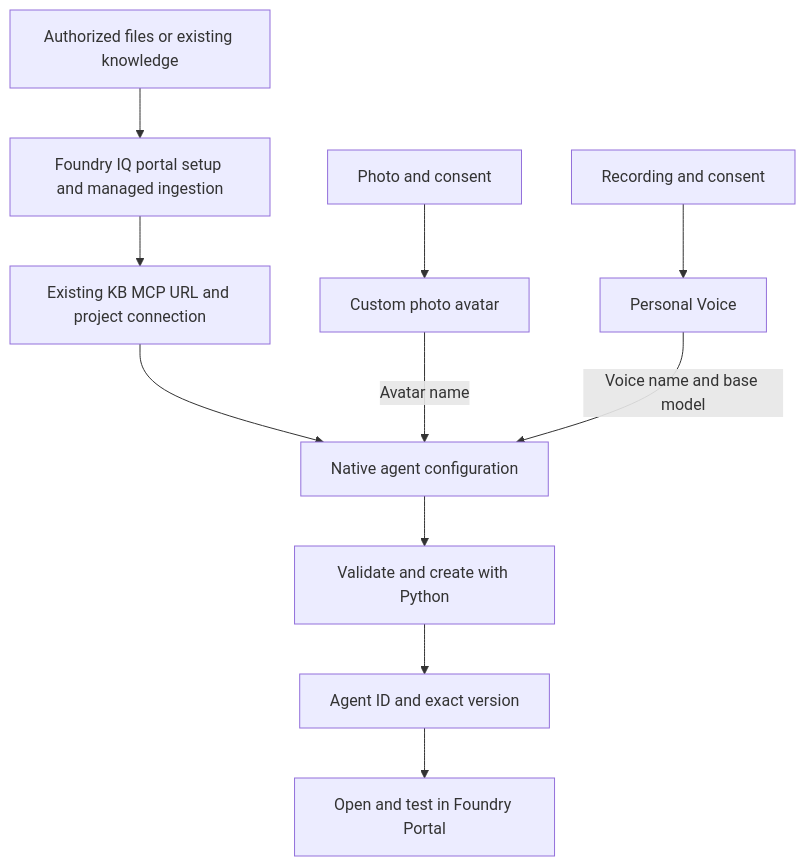
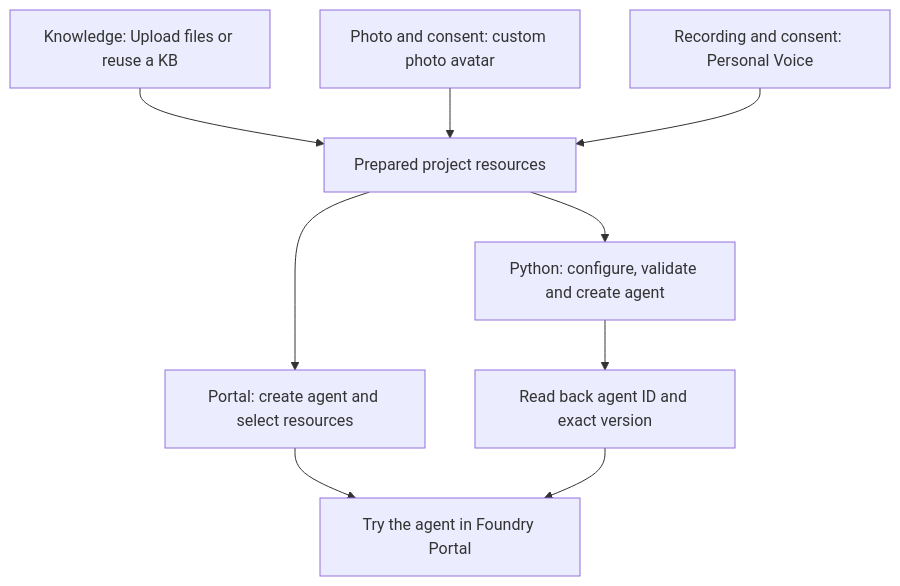
Before and after one commit to Azure-Samples/Cognitive-Speech-TTS: the diagram in VoiceAgent/samples/create-agent-with-iq-avatar-voice/README.md, drawn with Mermaid. The commit also changed other lines of this file and 2 other files, not shown here.

First line of the commit message:
docs: add Portal workflow and Knowledge evaluation results

````diff
--- a/VoiceAgent/samples/create-agent-with-iq-avatar-voice/README.md
+++ b/VoiceAgent/samples/create-agent-with-iq-avatar-voice/README.md
@@ -9,13 +16,11 @@
 ```mermaid
 flowchart TD
-    D[Authorized files or existing knowledge] --> K[Foundry IQ portal setup and managed ingestion]
-    K --> C[Existing KB MCP URL and project connection]
-    P[Photo and consent] --> PA[Custom photo avatar]
-    V[Recording and consent] --> PV[Personal Voice]
-    C --> A[Native agent configuration]
-    PA -->|Avatar name| A
-    PV -->|Voice name and base model| A
-    A --> CLI[Validate and create with Python]
-    CLI --> ID[Agent ID and exact version]
-    ID --> PORTAL[Open and test in Foundry Portal]
+    K[Knowledge: Upload files or reuse a KB] --> R[Prepared project resources]
+    A[Photo and consent: custom photo avatar] --> R
+    V[Recording and consent: Personal Voice] --> R
+    R --> P[Portal: create agent and select resources]
+    R --> C[Python: configure, validate and create agent]
+    P --> T[Try the agent in Foundry Portal]
+    C --> I[Read back agent ID and exact version]
+    I --> T
 ```
````
